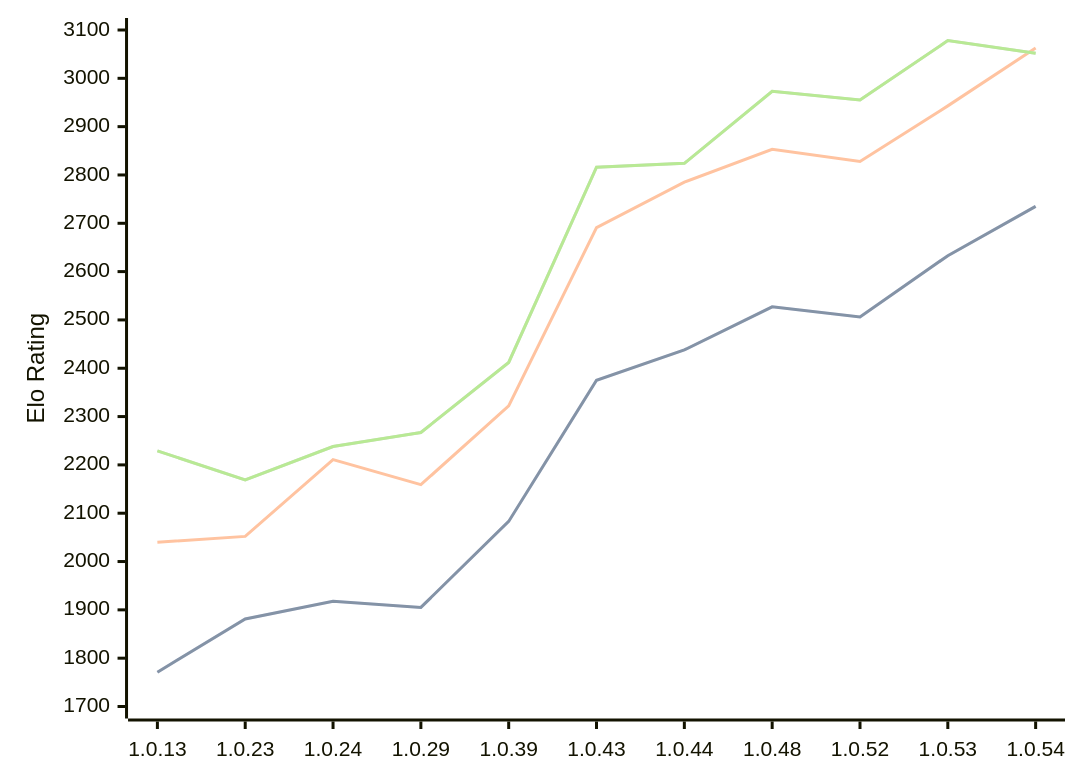
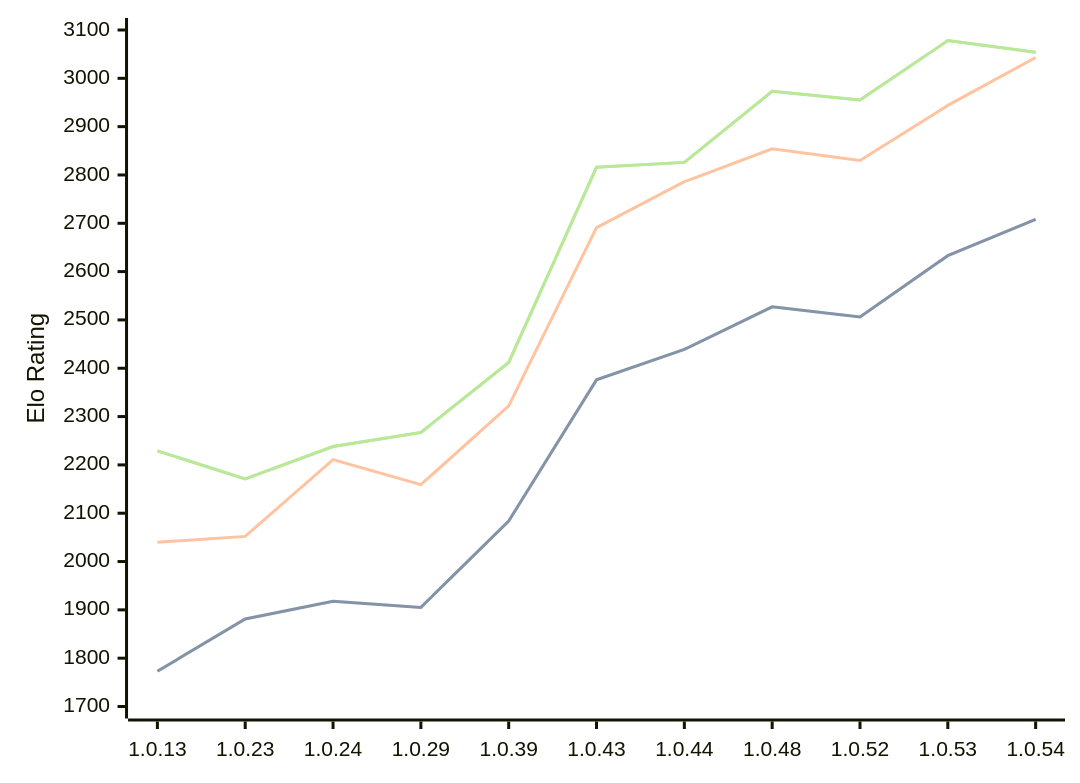
Before and after one commit to computer-chess-index/cci: the diagram in engines/RustyRival.md, drawn with Mermaid. The commit also changed other lines of this file, not shown here.

Commit message:
Update CCI Ratings (ELO VLTC) - 2026-08-29

````diff
--- a/engines/RustyRival.md
+++ b/engines/RustyRival.md
@@ -55,11 +55,11 @@
 ```mermaid
 %%{init: {"theme":"base","themeVariables":{"seriesColors:['#a3a3a3','#222221','#faa371']}}}%%
 xychart-beta
   x-axis ["1.0.13", "1.0.23", "1.0.24", "1.0.29", "1.0.39", "1.0.43", "1.0.44", "1.0.48", "1.0.52", "1.0.53", "1.0.54"]
   y-axis "Elo Rating" 1700 --> 3100
-  line "" [1771, 1881, 1918, 1905, 2083, 2375, 2438, 2527, 2506, 2633, 2735]
-  line "STC (8.0+0.08s)" [1771, 1881, 1918, 1905, 2083, 2375, 2438, 2527, 2506, 2633, 2735]
-  line "LTC (60.0+0.60s)" [2040, 2052, 2211, 2159, 2322, 2691, 2785, 2853, 2828, 2943, 3063]
-  line "" [2229, 2169, 2238, 2267, 2412, 2816, 2824, 2973, 2955, 3078, 3052]
-  line "VLTC (2m24s+1.12s)" [2229, 2169, 2238, 2267, 2412, 2816, 2824, 2973, 2955, 3078, 3052]
+  line "" [1773, 1881, 1918, 1905, 2084, 2376, 2439, 2527, 2506, 2633, 2708]
+  line "STC (8.0+0.08s)" [1773, 1881, 1918, 1905, 2084, 2376, 2439, 2527, 2506, 2633, 2708]
+  line "LTC (60.0+0.60s)" [2040, 2052, 2211, 2159, 2322, 2691, 2786, 2854, 2830, 2944, 3043]
+  line "" [2229, 2171, 2238, 2267, 2412, 2816, 2826, 2973, 2955, 3078, 3054]
+  line "VLTC (2m24s+1.12s)" [2229, 2171, 2238, 2267, 2412, 2816, 2826, 2973, 2955, 3078, 3054]
 ```
````
